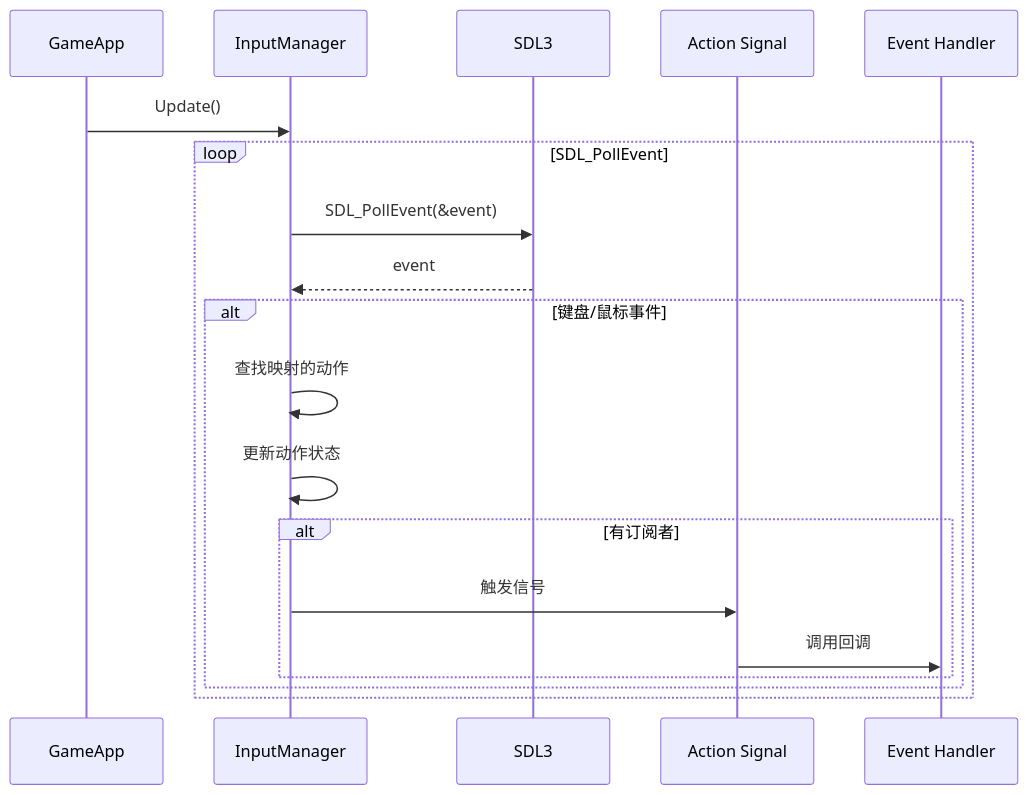
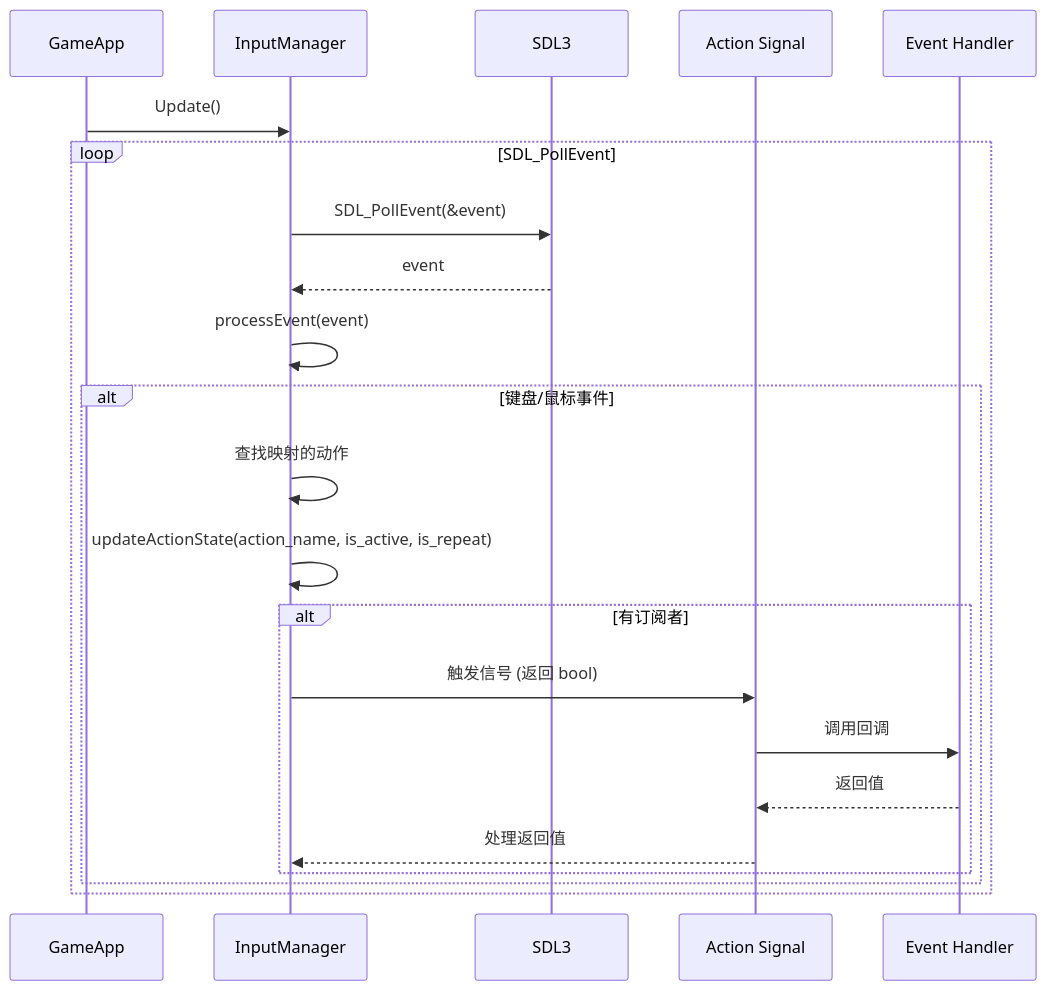
Before and after one commit to hezhangtdzs/MonsterWar: the third of 4 diagrams in doc/input/README.md, drawn with Mermaid. The commit also changed other lines of this file and 1 other file, not shown here.

````diff
--- a/doc/input/README.md
+++ b/doc/input/README.md
@@ -183,25 +201,29 @@
 ```mermaid
 sequenceDiagram
     participant App as GameApp
     participant Input as InputManager
     participant SDL as SDL3
     participant Action as Action Signal
     participant Handler as Event Handler
 
     App->>Input: Update()
     
     loop SDL_PollEvent
         Input->>SDL: SDL_PollEvent(&event)
         SDL-->>Input: event
         
+        Input->>Input: processEvent(event)
+        
         alt 键盘/鼠标事件
             Input->>Input: 查找映射的动作
-            Input->>Input: 更新动作状态
+            Input->>Input: updateActionState(action_name, is_active, is_repeat)
             
             alt 有订阅者
-                Input->>Action: 触发信号
+                Input->>Action: 触发信号 (返回 bool)
                 Action->>Handler: 调用回调
+                Handler-->>Action: 返回值
+                Action-->>Input: 处理返回值
             end
         end
     end
 ```
````
